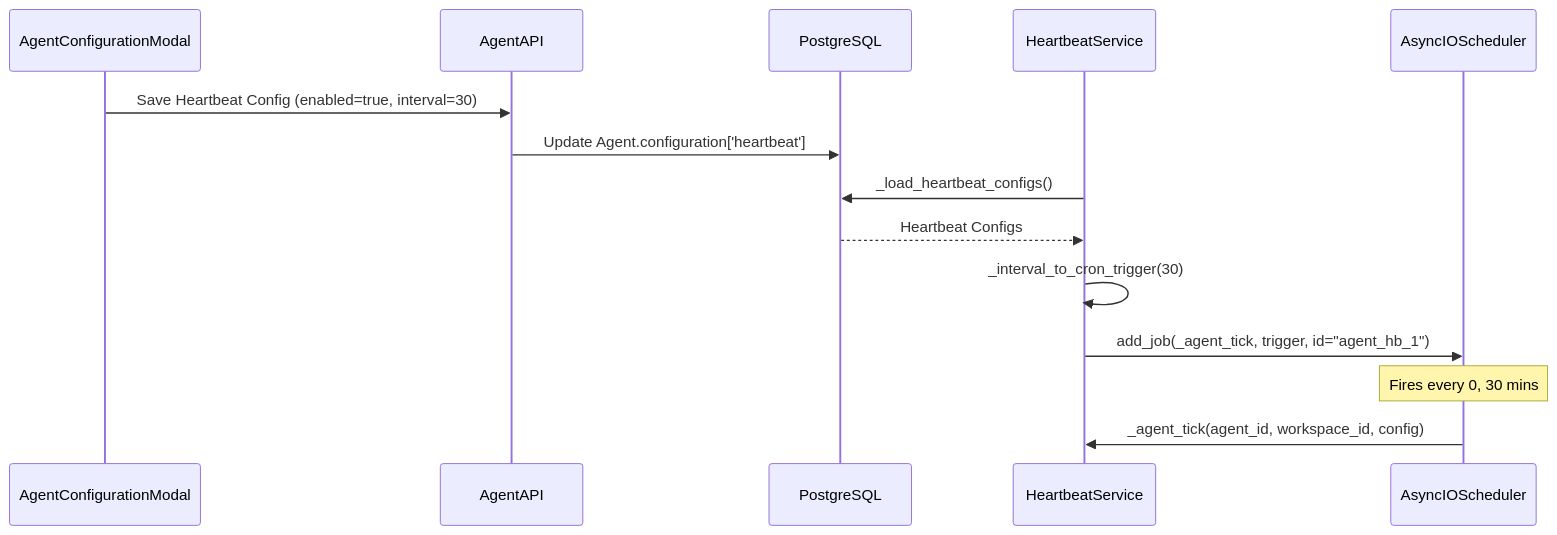
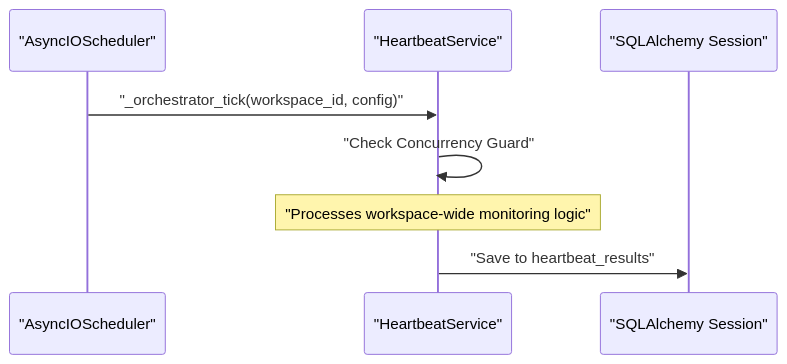
Before and after one commit to AutomatosAI/automatos-ai: the second of 2 diagrams in docs/heartbeat-proactive-assistant/heartbeat-architecture.md, drawn with Mermaid. The commit also changed other lines of this file and 153 other files, not shown here.

````diff
--- a/docs/heartbeat-proactive-assistant/heartbeat-architecture.md
+++ b/docs/heartbeat-proactive-assistant/heartbeat-architecture.md
@@ -123,17 +112,11 @@
 ```mermaid
 sequenceDiagram
-    participant UI as AgentConfigurationModal
-    participant API as AgentAPI
-    participant DB as PostgreSQL
-    participant HBS as HeartbeatService
-    participant APS as AsyncIOScheduler
+    participant APS as "AsyncIOScheduler"
+    participant HBS as "HeartbeatService"
+    participant DB as "SQLAlchemy Session"
 
-    UI->>API: Save Heartbeat Config (enabled=true, interval=30)
-    API->>DB: Update Agent.configuration['heartbeat']
-    HBS->>DB: _load_heartbeat_configs()
-    DB-->>HBS: Heartbeat Configs
-    HBS->>HBS: _interval_to_cron_trigger(30)
-    HBS->>APS: add_job(_agent_tick, trigger, id="agent_hb_1")
-    Note over APS: Fires every 0, 30 mins
-    APS->>HBS: _agent_tick(agent_id, workspace_id, config)
+    APS->>HBS: "_orchestrator_tick(workspace_id, config)"
+    HBS->>HBS: "Check Concurrency Guard"
+    Note over HBS: "Processes workspace-wide monitoring logic"
+    HBS->>DB: "Save to heartbeat_results"
 ```
````
